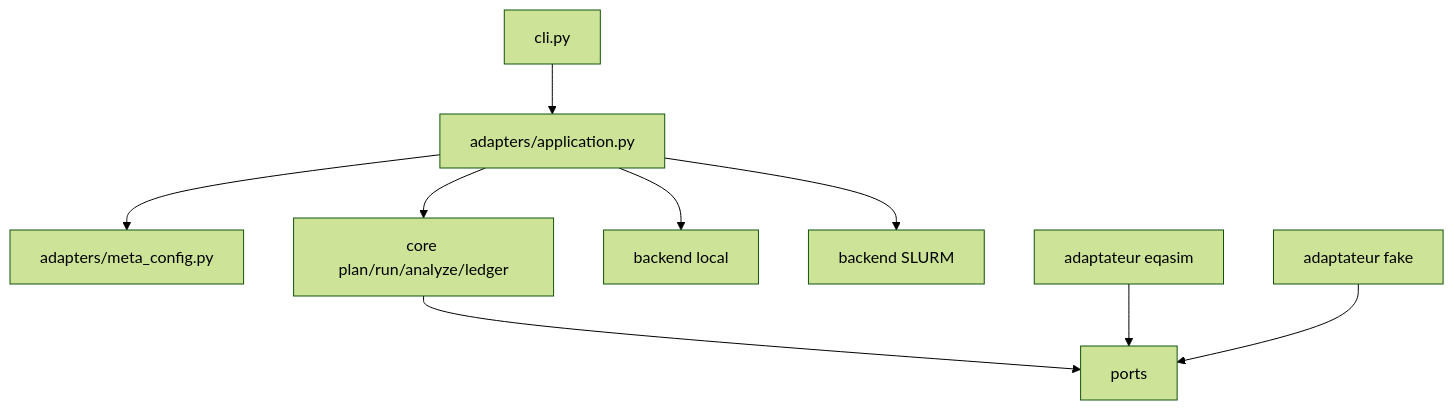
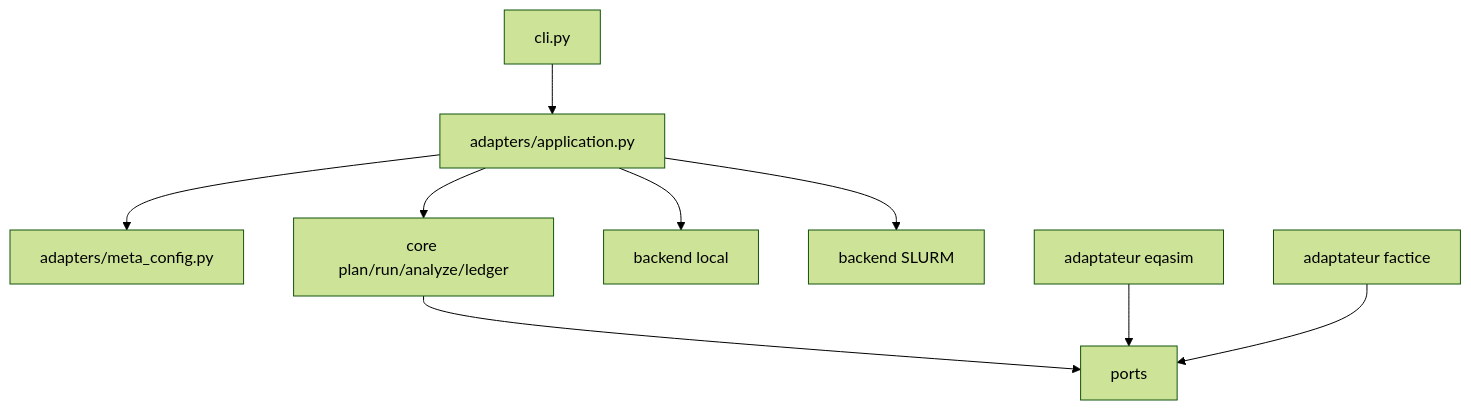
Before and after one commit to abdoulrazac/eqasim-sa: the diagram in docs-fr/development-guide.md, drawn with Mermaid (forest theme). The commit also changed other lines of this file and 37 other files, not shown here.

````diff
--- a/docs-fr/development-guide.md
+++ b/docs-fr/development-guide.md
@@ -52,11 +67,11 @@
 ```mermaid
 flowchart TD
     CLI[cli.py] --> APP[adapters/application.py]
     APP --> META[adapters/meta_config.py]
     APP --> CORE[core plan/run/analyze/ledger]
     APP --> LOCAL[backend local]
     APP --> SLURM[backend SLURM]
     CORE --> PORTS[ports]
     EQ[adaptateur eqasim] --> PORTS
-    FAKE[adaptateur fake] --> PORTS
+    FAKE[adaptateur factice] --> PORTS
 ```
````
